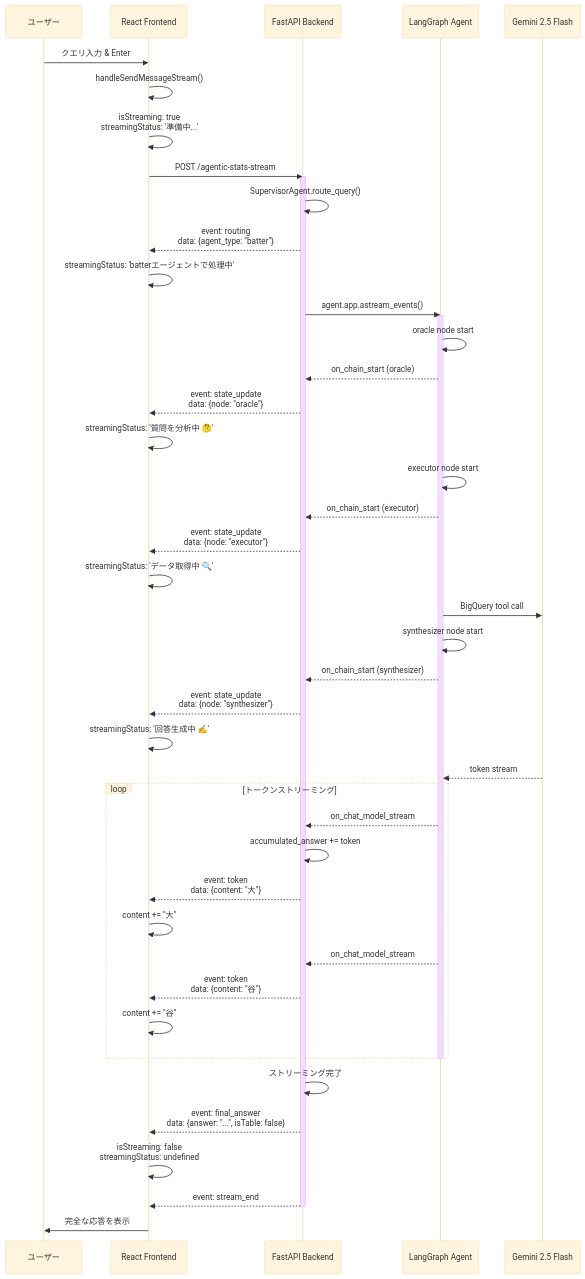
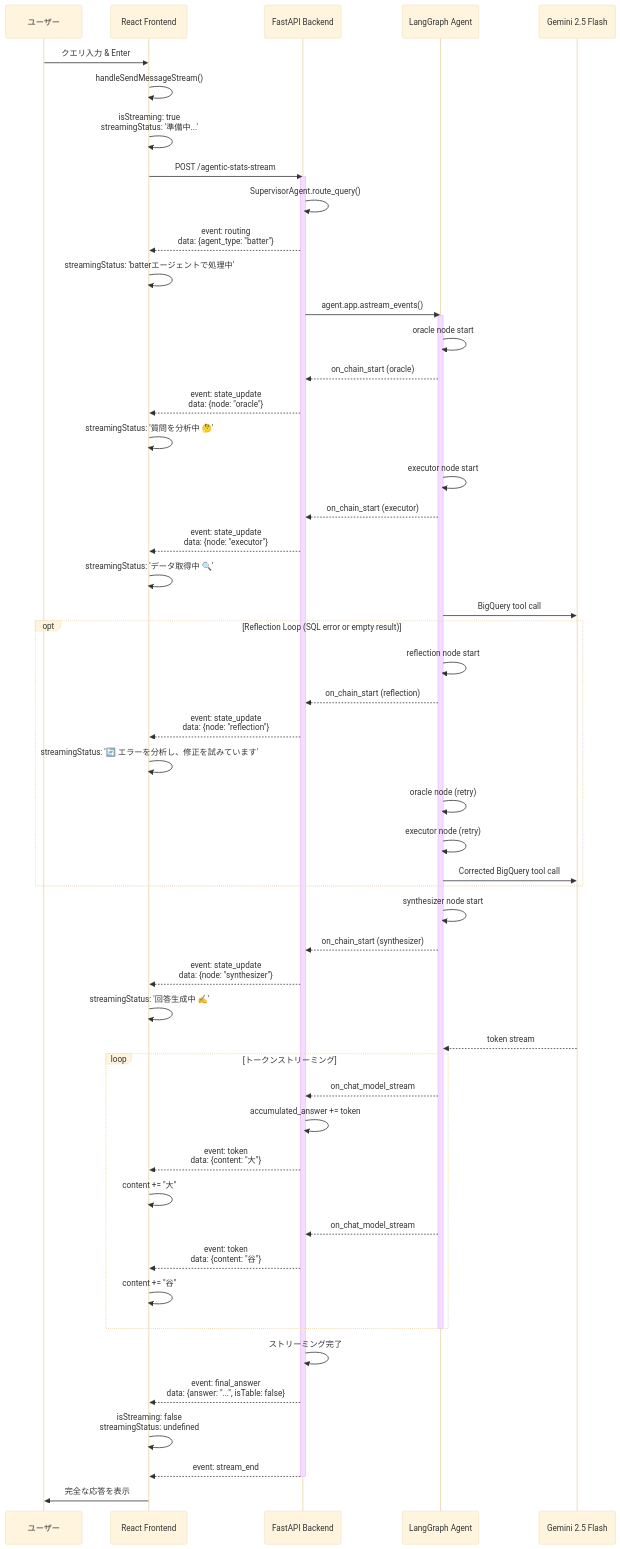
The second of 5 diagrams in README_architecture.md (takeshimx/diamond-lens), drawn with Mermaid (base theme) before and after one commit. The commit also changed other lines of this file and 10 other files, not shown here.

Commit message:
feat: implemented reflection loop for Text-to SQL

````diff
--- a/README_architecture.md
+++ b/README_architecture.md
@@ -266,56 +267,67 @@
 ```mermaid
 sequenceDiagram
     participant User as ユーザー
     participant Frontend as React Frontend
     participant Backend as FastAPI Backend
     participant LangGraph as LangGraph Agent
     participant LLM as Gemini 2.5 Flash
 
     User->>Frontend: クエリ入力 & Enter
     Frontend->>Frontend: handleSendMessageStream()
     Frontend->>Frontend: isStreaming: true<br/>streamingStatus: '準備中...'
 
     Frontend->>Backend: POST /agentic-stats-stream
     activate Backend
     Backend->>Backend: SupervisorAgent.route_query()
     Backend-->>Frontend: event: routing<br/>data: {agent_type: "batter"}
     Frontend->>Frontend: streamingStatus: 'batterエージェントで処理中'
 
     Backend->>LangGraph: agent.app.astream_events()
     activate LangGraph
     LangGraph->>LangGraph: oracle node start
     LangGraph-->>Backend: on_chain_start (oracle)
     Backend-->>Frontend: event: state_update<br/>data: {node: "oracle"}
     Frontend->>Frontend: streamingStatus: '質問を分析中 🤔'
 
     LangGraph->>LangGraph: executor node start
     LangGraph-->>Backend: on_chain_start (executor)
     Backend-->>Frontend: event: state_update<br/>data: {node: "executor"}
     Frontend->>Frontend: streamingStatus: 'データ取得中 🔍'
 
     LangGraph->>LLM: BigQuery tool call
+
+    opt Reflection Loop (SQL error or empty result)
+        LangGraph->>LangGraph: reflection node start
+        LangGraph-->>Backend: on_chain_start (reflection)
+        Backend-->>Frontend: event: state_update<br/>data: {node: "reflection"}
+        Frontend->>Frontend: streamingStatus: '🔄 エラーを分析し、修正を試みています'
+        LangGraph->>LangGraph: oracle node (retry)
+        LangGraph->>LangGraph: executor node (retry)
+        LangGraph->>LLM: Corrected BigQuery tool call
+    end
+
     LangGraph->>LangGraph: synthesizer node start
     LangGraph-->>Backend: on_chain_start (synthesizer)
     Backend-->>Frontend: event: state_update<br/>data: {node: "synthesizer"}
     Frontend->>Frontend: streamingStatus: '回答生成中 ✍️'
 
     LLM-->>LangGraph: token stream
     loop トークンストリーミング
         LangGraph-->>Backend: on_chat_model_stream
         Backend->>Backend: accumulated_answer += token
         Backend-->>Frontend: event: token<br/>data: {content: "大"}
         Frontend->>Frontend: content += "大"
         LangGraph-->>Backend: on_chat_model_stream
         Backend-->>Frontend: event: token<br/>data: {content: "谷"}
         Frontend->>Frontend: content += "谷"
     end
 
     deactivate LangGraph
     Backend->>Backend: ストリーミング完了
     Backend-->>Frontend: event: final_answer<br/>data: {answer: "...", isTable: false}
     Frontend->>Frontend: isStreaming: false<br/>streamingStatus: undefined
 
     Backend-->>Frontend: event: stream_end
     deactivate Backend
     Frontend->>User: 完全な応答を表示
 ```
````
